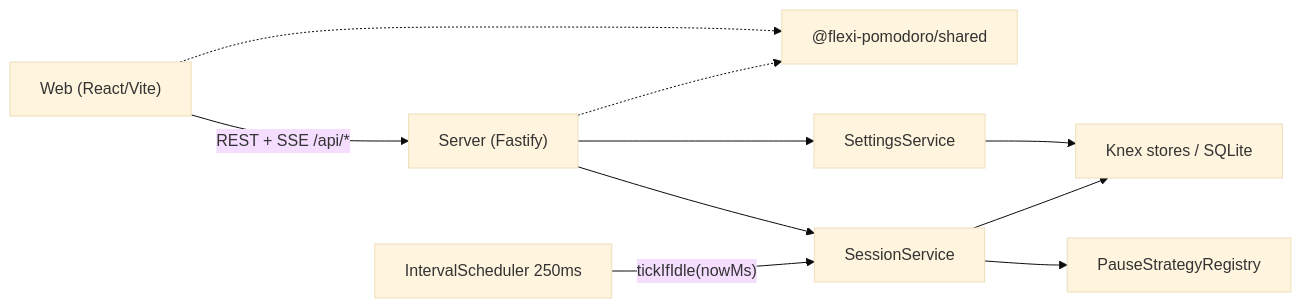
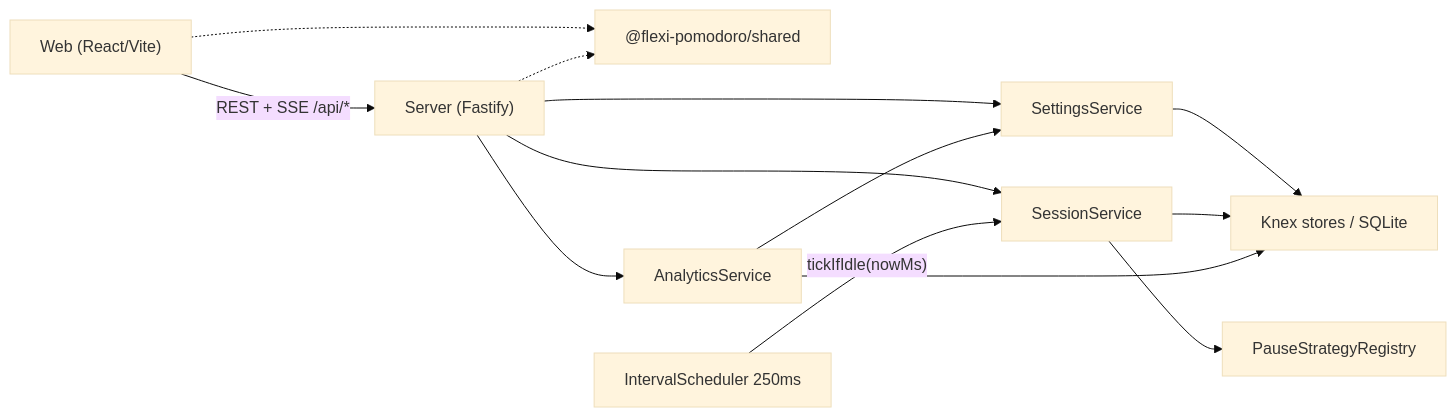
One commit to DKLokeswaran/flexi-pomodoro changed the diagram in docs/README.md. Above: the diagram before and after it, drawn with Mermaid (base theme). The commit also changed other lines of this file and 24 other files, not shown here.

First line of the commit message:
Add analytics store and service with Luxon client-day bounds.

````diff
--- a/docs/README.md
+++ b/docs/README.md
@@ -45,21 +45,25 @@
 ```mermaid
 flowchart LR
   Browser["Web (React/Vite)"]
   API["Server (Fastify)"]
   Shared["@flexi-pomodoro/shared"]
   Sched["IntervalScheduler 250ms"]
   Sess["SessionService"]
   Sett["SettingsService"]
+  Anal["AnalyticsService"]
   Store["Knex stores / SQLite"]
   Pause["PauseStrategyRegistry"]
 
   Browser -->|"REST + SSE /api/*"| API
   Browser -.-> Shared
   API -.-> Shared
   API --> Sett
   API --> Sess
+  API --> Anal
   Sett --> Store
   Sess --> Store
+  Anal --> Store
+  Anal --> Sett
   Sess --> Pause
   Sched -->|"tickIfIdle(nowMs)"| Sess
 ```
````
